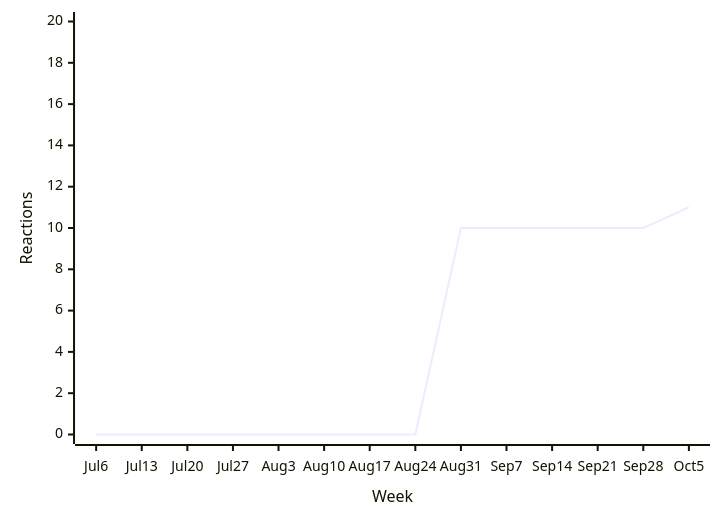
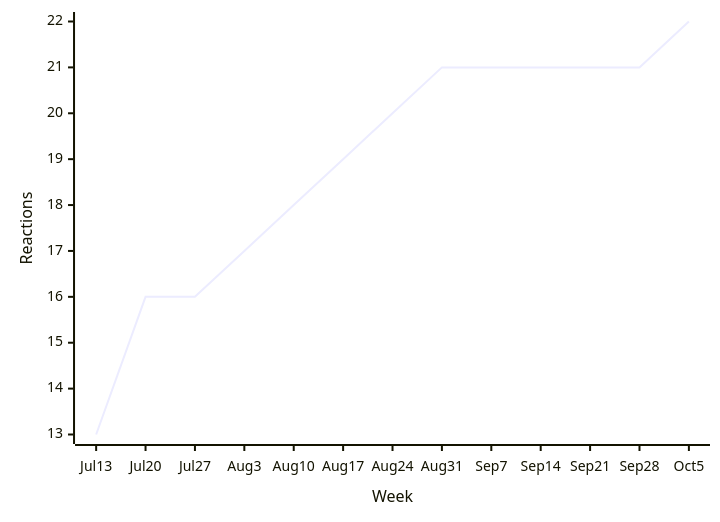
One commit to loic-sharma/github-insights changed diagram 15 of 34 in README.md. Above: the diagram before and after it, drawn with Mermaid. The commit also changed other lines of this file and 3 other files, not shown here.

````diff
--- a/README.md
+++ b/README.md
@@ -562,6 +562,6 @@
   ```mermaid
   xychart-beta
-    x-axis "Week" [Jul 6, Jul 13, Jul 20, Jul 27, Aug 3, Aug 10, Aug 17, Aug 24, Aug 31, Sep 7, Sep 14, Sep 21, Sep 28, Oct 5]
-    y-axis "Reactions" 0 --> 20
-    line [0, 0, 0, 0, 0, 0, 0, 0, 10, 10, 10, 10, 10, 11]
+    x-axis "Week" [Jul 13, Jul 20, Jul 27, Aug 3, Aug 10, Aug 17, Aug 24, Aug 31, Sep 7, Sep 14, Sep 21, Sep 28, Oct 5]
+    y-axis "Reactions"
+    line [13, 16, 16, 17, 18, 19, 20, 21, 21, 21, 21, 21, 22]
   ```
````
